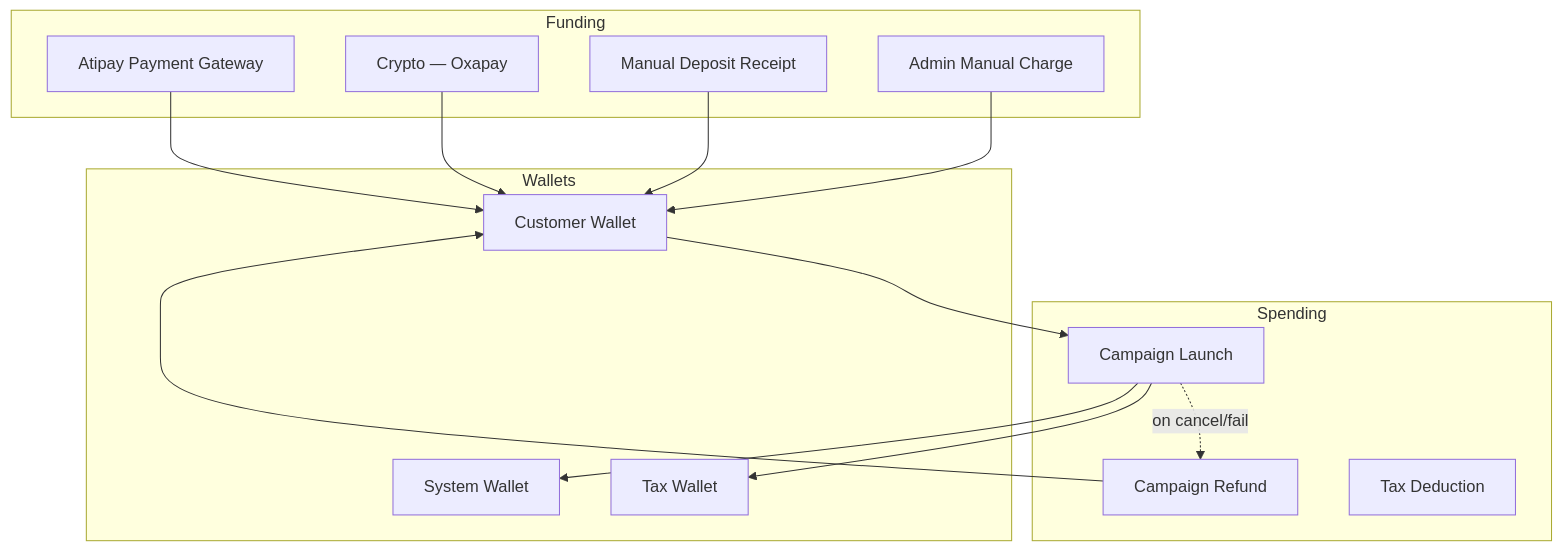
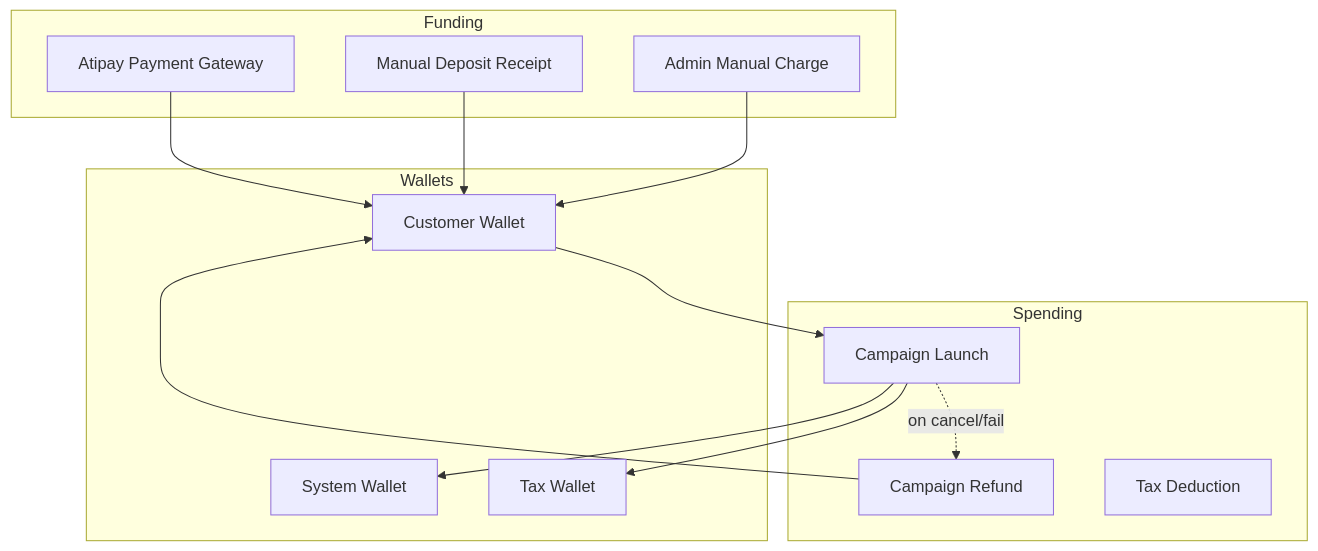
The first of 5 diagrams in pitch/06-financial-flow.md (amirphl/Yamata-no-Orochi), drawn with Mermaid before and after one commit. The commit also changed other lines of this file and 5 other files, not shown here.

````diff
--- a/pitch/06-financial-flow.md
+++ b/pitch/06-financial-flow.md
@@ -5,31 +5,29 @@
 ```mermaid
 graph TB
     subgraph Wallets
         CW[Customer Wallet]
         SW[System Wallet]
         TW[Tax Wallet]
     end
 
     subgraph Funding
         Atipay[Atipay Payment Gateway]
-        Crypto[Crypto — Oxapay]
         Deposit[Manual Deposit Receipt]
         AdminCharge[Admin Manual Charge]
     end
 
     subgraph Spending
         Campaign[Campaign Launch]
         Refund[Campaign Refund]
         Tax[Tax Deduction]
     end
 
     Atipay --> CW
-    Crypto --> CW
     Deposit --> CW
     AdminCharge --> CW
     CW --> Campaign
     Campaign --> SW
     Campaign --> TW
     Campaign -.->|on cancel/fail| Refund
     Refund --> CW
 ```
````
